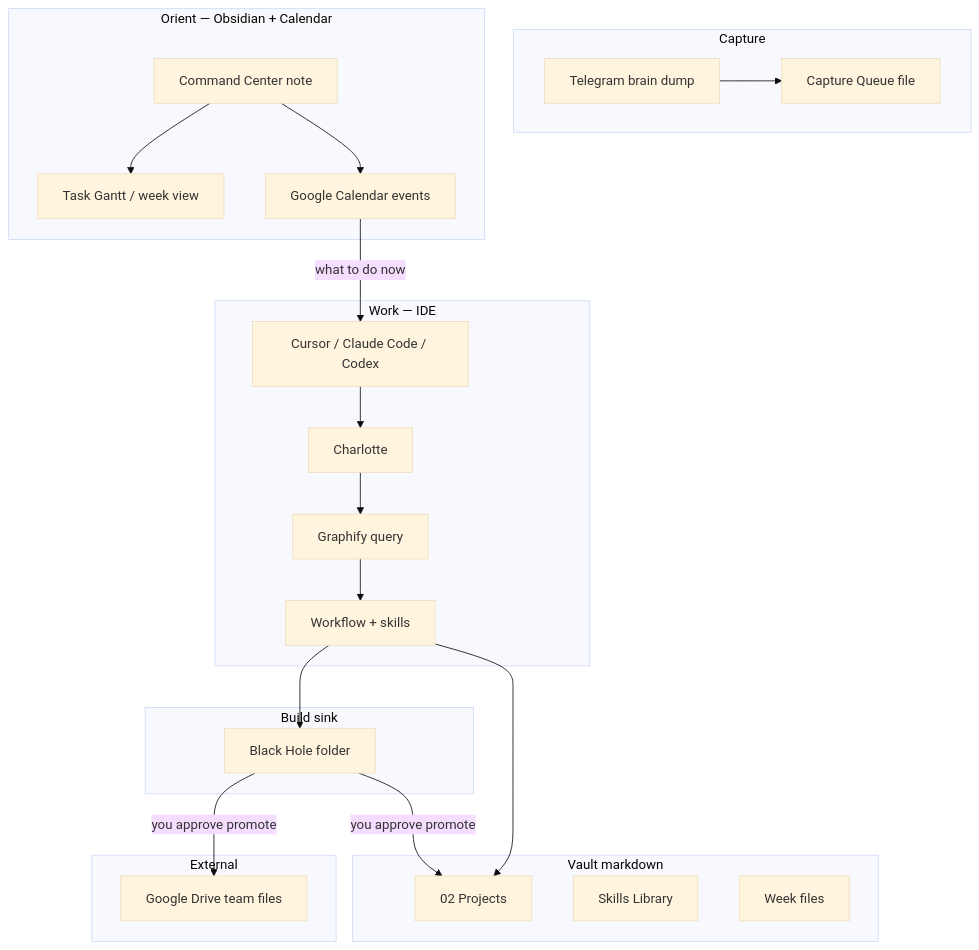
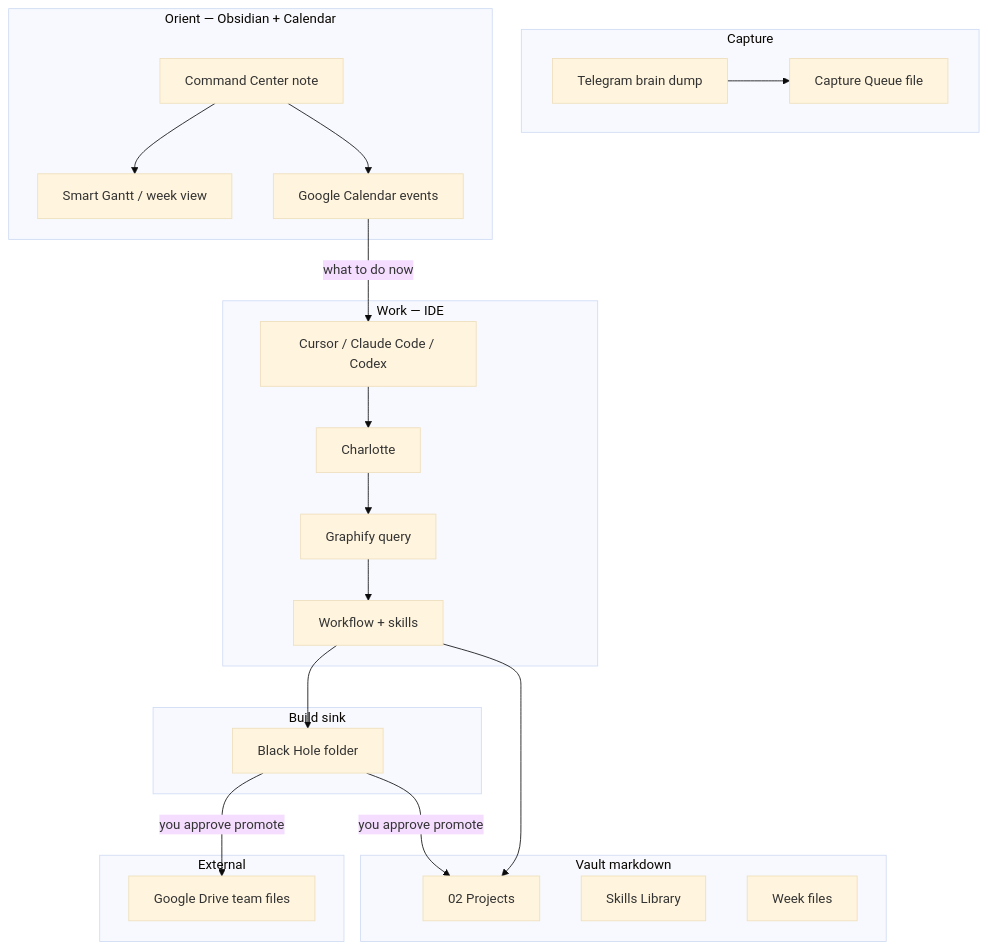
Before and after one commit to ayan-banday/Charlotte: the first of 3 diagrams in docs/charlotte-user-journeys.md, drawn with Mermaid (base theme). The commit also changed 3 other files, not shown here.

First line of the commit message:
Use Smart Gantt as the Obsidian timeline plugin

````diff
--- a/docs/charlotte-user-journeys.md
+++ b/docs/charlotte-user-journeys.md
@@ -15,46 +15,46 @@
 ```mermaid
 flowchart TB
     subgraph capture["Capture"]
         TG[Telegram brain dump]
         CQ[Capture Queue file]
     end
 
     subgraph orient["Orient — Obsidian + Calendar"]
         CC[Command Center note]
-        Gantt[Task Gantt / week view]
+        Gantt[Smart Gantt / week view]
         GCal[Google Calendar events]
     end
 
     subgraph work["Work — IDE"]
         IDE[Cursor / Claude Code / Codex]
         CH[Charlotte]
         GF[Graphify query]
         WF[Workflow + skills]
     end
 
     subgraph sink["Build sink"]
         BH[Black Hole folder]
     end
 
     subgraph vault["Vault markdown"]
         PR[02 Projects]
         SK[Skills Library]
         WK[Week files]
     end
 
     subgraph external["External"]
         DRV[Google Drive team files]
     end
 
     TG --> CQ
     CC --> Gantt
     CC --> GCal
     GCal -->|"what to do now"| IDE
     IDE --> CH
     CH --> GF
     GF --> WF
     WF --> PR
     WF --> BH
     BH -->|"you approve promote"| DRV
     BH -->|"you approve promote"| PR
 ```
````
